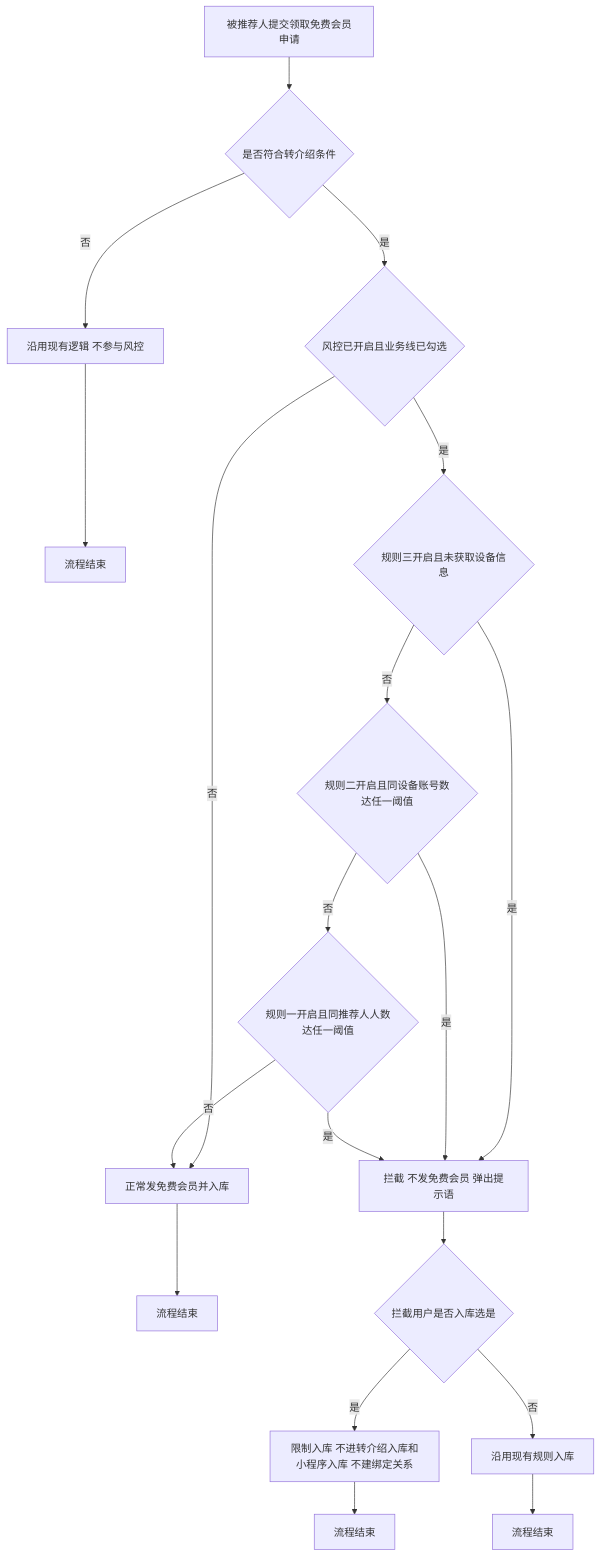
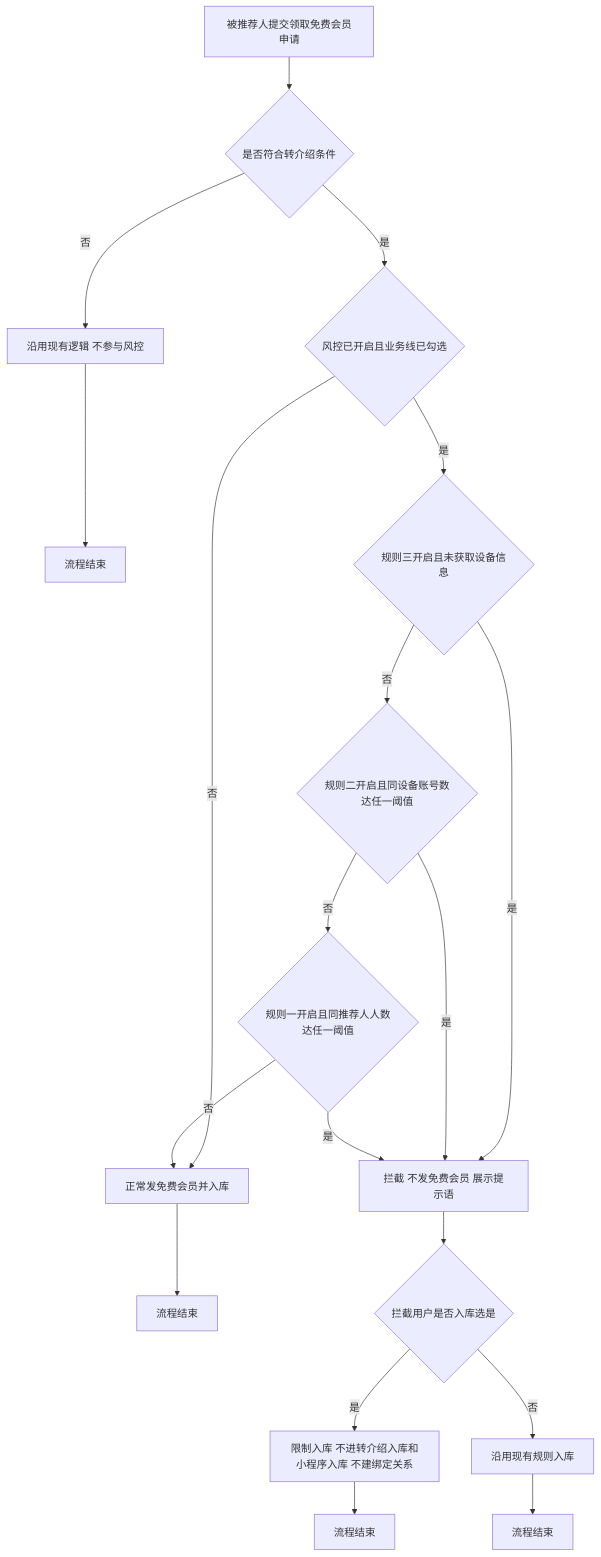
The second of 2 diagrams in point-rule-risk-control/PRD-积分规则设置新增风控规则.md (Yping-98/prototypes), drawn with Mermaid before and after one commit. The commit also changed other lines of this file and 1 other file, not shown here.

````diff
--- a/point-rule-risk-control/PRD-积分规则设置新增风控规则.md
+++ b/point-rule-risk-control/PRD-积分规则设置新增风控规则.md
@@ -62,21 +64,21 @@
 ```mermaid
 flowchart TD
     A[被推荐人提交领取免费会员申请] --> B{是否符合转介绍条件}
     B -->|否| C[沿用现有逻辑 不参与风控]
     C --> E1[流程结束]
     B -->|是| D{风控已开启且业务线已勾选}
     D -->|否| N[正常发免费会员并入库]
     N --> E2[流程结束]
     D -->|是| F{规则三开启且未获取设备信息}
-    F -->|是| X[拦截 不发免费会员 弹出提示语]
+    F -->|是| X[拦截 不发免费会员 展示提示语]
     F -->|否| G{规则二开启且同设备账号数达任一阈值}
     G -->|是| X
     G -->|否| H{规则一开启且同推荐人人数达任一阈值}
     H -->|是| X
     H -->|否| N
     X --> I{拦截用户是否入库选是}
     I -->|是| J[限制入库 不进转介绍入库和小程序入库 不建绑定关系]
     I -->|否| K[沿用现有规则入库]
     J --> E3[流程结束]
     K --> E4[流程结束]
 ```
````
